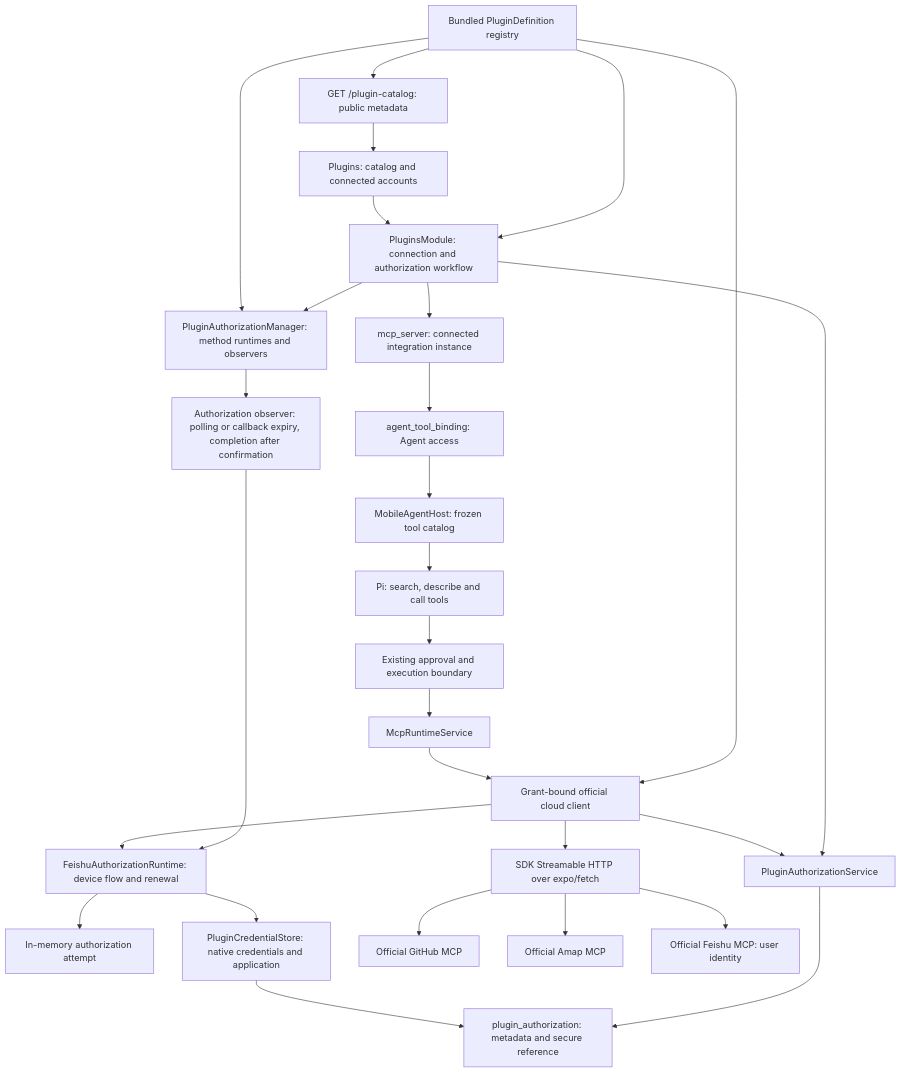
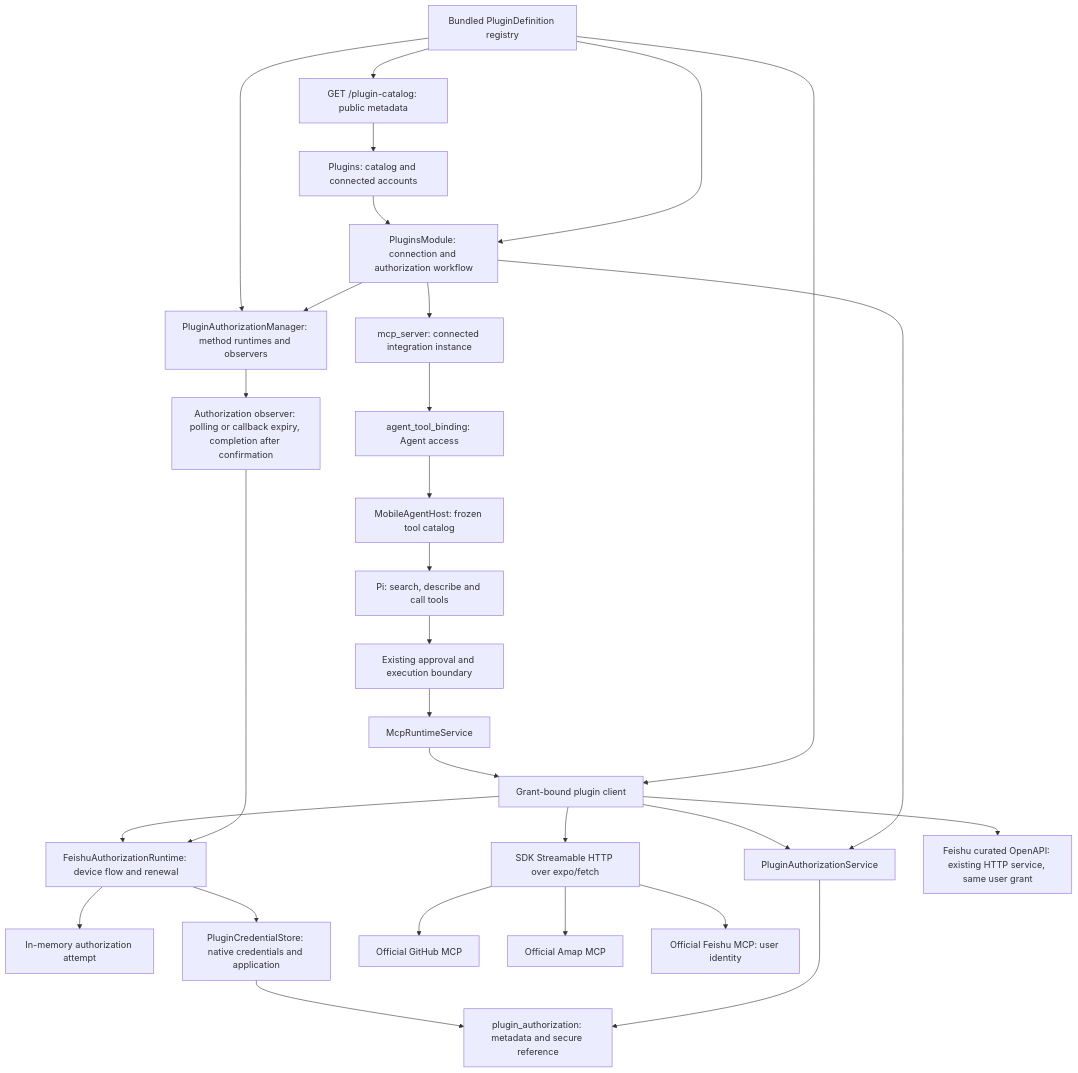
Before and after one commit to CherryHQ/cherry-studio-app: the diagram in docs/references/agent/built-in-mcp-design.md, drawn with Mermaid. The commit also changed other lines of this file and 24 other files, not shown here.

Commit message:
feat(feishu-plugin): add Base, task, and calendar workflows

````diff
--- a/docs/references/agent/built-in-mcp-design.md
+++ b/docs/references/agent/built-in-mcp-design.md
@@ -314,30 +358,31 @@
 ```mermaid
 flowchart TD
   Registry["Bundled PluginDefinition registry"] --> Catalog["GET /plugin-catalog: public metadata"]
   Catalog --> Settings["Plugins: catalog and connected accounts"]
   Registry --> Workflow["PluginsModule: connection and authorization workflow"]
   Settings --> Workflow
-  Registry --> Client["Grant-bound official cloud client"]
+  Registry --> Client["Grant-bound plugin client"]
   Workflow --> Auth["PluginAuthorizationService"]
   Auth --> AuthTable["plugin_authorization: metadata and secure reference"]
   Workflow --> Manager["PluginAuthorizationManager: method runtimes and observers"]
   Registry --> Manager
   Manager --> Observer["Authorization observer: polling or callback expiry, completion after confirmation"]
   Observer --> UserAuth["FeishuAuthorizationRuntime: device flow and renewal"]
   UserAuth --> State["In-memory authorization attempt"]
   UserAuth --> Secrets["PluginCredentialStore: native credentials and application"]
   Secrets --> AuthTable
   Workflow --> Server["mcp_server: connected integration instance"]
   Server --> Binding["agent_tool_binding: Agent access"]
   Binding --> Host["MobileAgentHost: frozen tool catalog"]
   Host --> Pi["Pi: search, describe and call tools"]
   Pi --> Approval["Existing approval and execution boundary"]
   Approval --> MCP["McpRuntimeService"]
-  MCP --> Client["Grant-bound official cloud client"]
+  MCP --> Client
   Client --> Auth
   Client --> UserAuth
   Client --> Remote["SDK Streamable HTTP over expo/fetch"]
   Remote --> GitHub["Official GitHub MCP"]
   Remote --> Amap["Official Amap MCP"]
   Remote --> Feishu["Official Feishu MCP: user identity"]
+  Client --> FeishuApi["Feishu curated OpenAPI: existing HTTP service, same user grant"]
 ```
````
